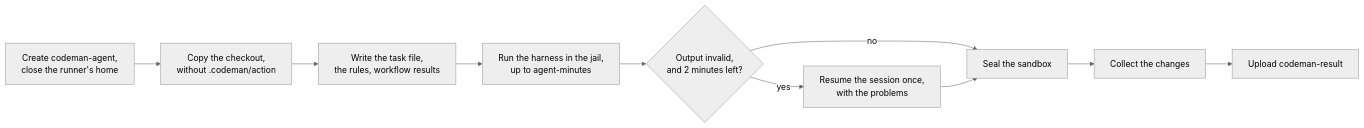
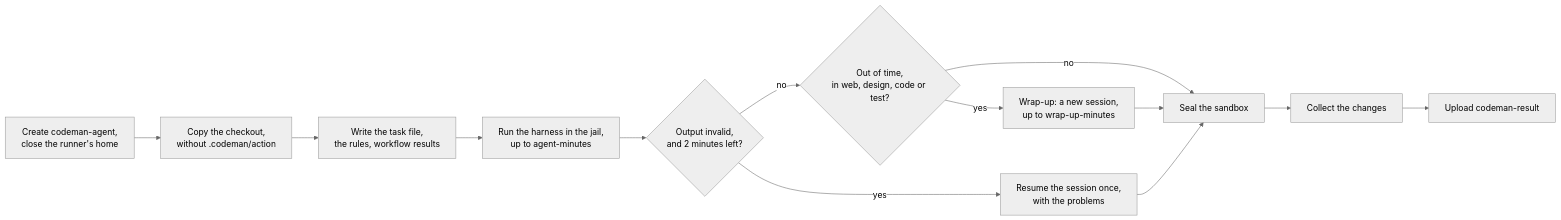
The first of 2 diagrams in docs/runs/agent.md (codenergy-dev/codeman), drawn with Mermaid (neutral theme) before and after one commit. The commit also changed other lines of this file and 57 other files, not shown here.

First line of the commit message:
Make the agent's time a setting, and wrap up after a timeout

````diff
--- a/docs/runs/agent.md
+++ b/docs/runs/agent.md
@@ -21,12 +21,15 @@
 ```mermaid
 flowchart LR
   user["Create codeman-agent,<br/>close the runner's home"] --> copy["Copy the checkout,<br/>without .codeman/action"]
   copy --> files["Write the task file,<br/>the rules, workflow results"]
   files --> run["Run the harness in the jail,<br/>up to agent-minutes"]
   run --> check{"Output invalid,<br/>and 2 minutes left?"}
   check -->|yes| fix["Resume the session once,<br/>with the problems"]
-  check -->|no| seal["Seal the sandbox"]
+  check -->|no| late{"Out of time,<br/>in web, design, code or test?"}
+  late -->|yes| wrap["Wrap-up: a new session,<br/>up to wrap-up-minutes"]
+  late -->|no| seal["Seal the sandbox"]
+  wrap --> seal
   fix --> seal
   seal --> collect["Collect the changes"]
   collect --> upload["Upload codeman-result"]
 ```
````
